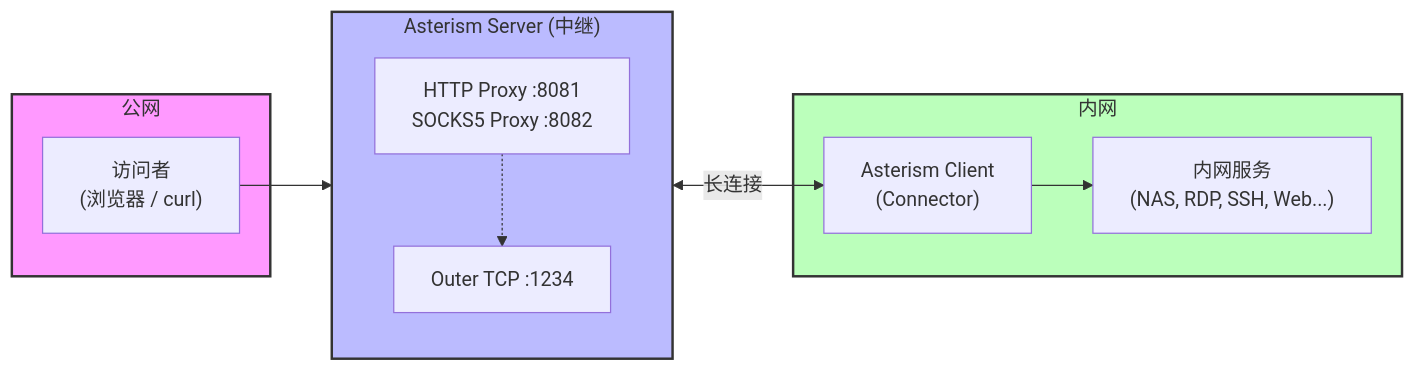
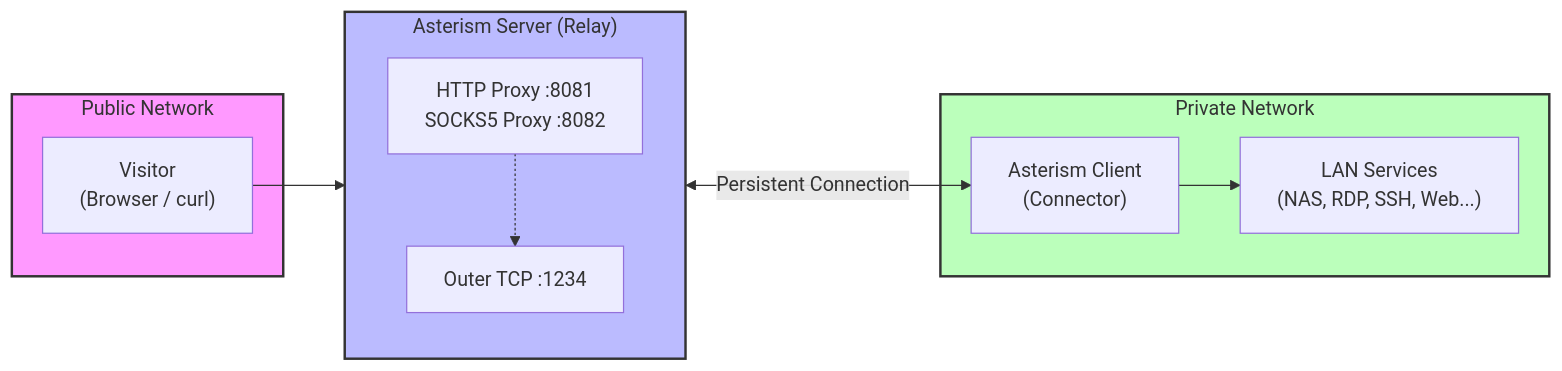
Before and after one commit to sosopop/asterism: the diagram in README.md, drawn with Mermaid. The commit also changed other lines of this file and 2 other files, not shown here.

````diff
--- a/README.md
+++ b/README.md
@@ -23,26 +23,26 @@
 ```mermaid
 graph LR
-    subgraph Public_Network [公网]
-        Visitor["访问者<br>(浏览器 / curl)"]
+    subgraph Public_Network [Public Network]
+        Visitor["Visitor<br>(Browser / curl)"]
     end
 
-    subgraph Asterism_Server ["Asterism Server (中继)"]
+    subgraph Asterism_Server ["Asterism Server (Relay)"]
         direction TB
         Proxy["HTTP Proxy :8081<br>SOCKS5 Proxy :8082"]
         Outer["Outer TCP :1234"]
         Proxy -.-> Outer
     end
 
-    subgraph Private_Network [内网]
+    subgraph Private_Network [Private Network]
         Client["Asterism Client<br>(Connector)"]
-        Services["内网服务<br>(NAS, RDP, SSH, Web...)"]
+        Services["LAN Services<br>(NAS, RDP, SSH, Web...)"]
     end
 
     Visitor --> Proxy
-    Outer <-->|长连接| Client
+    Outer <-->|Persistent Connection| Client
     Client --> Services
 
     style Public_Network fill:#f9f,stroke:#333,stroke-width:2px
     style Asterism_Server fill:#bbf,stroke:#333,stroke-width:2px
     style Private_Network fill:#bfb,stroke:#333,stroke-width:2px
 ```
````
